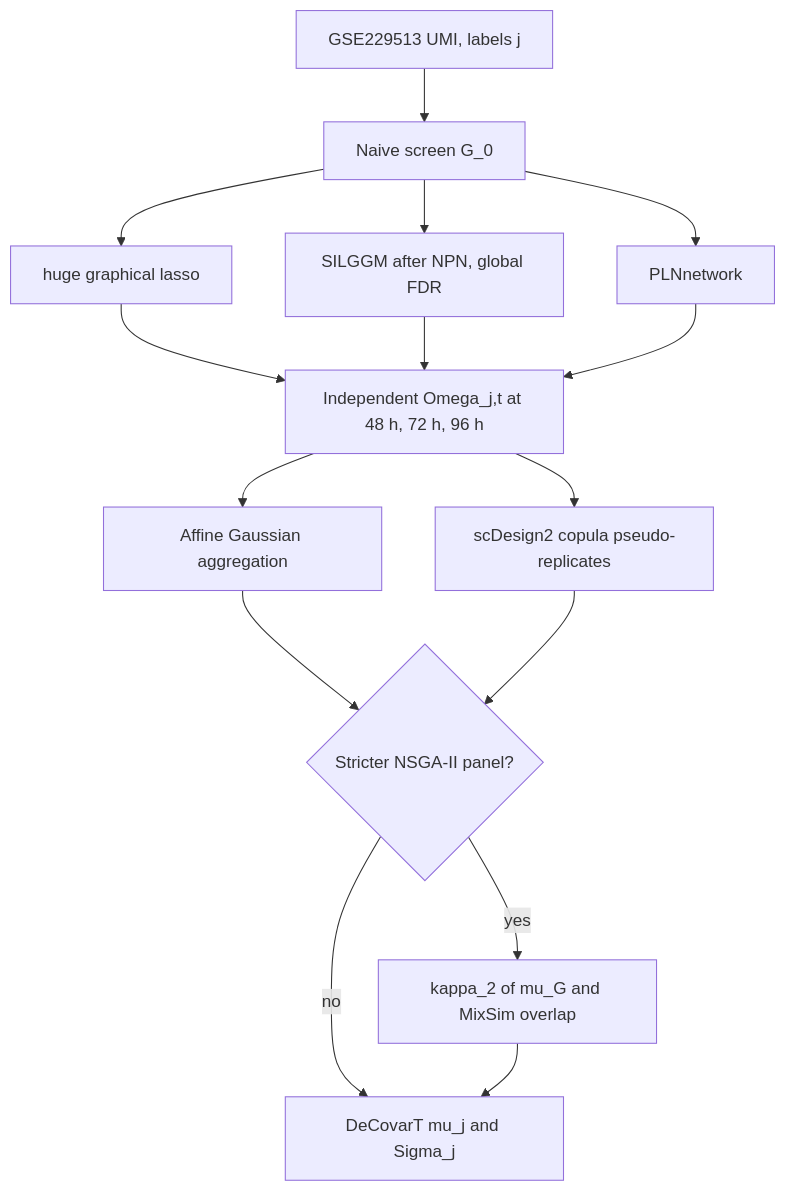
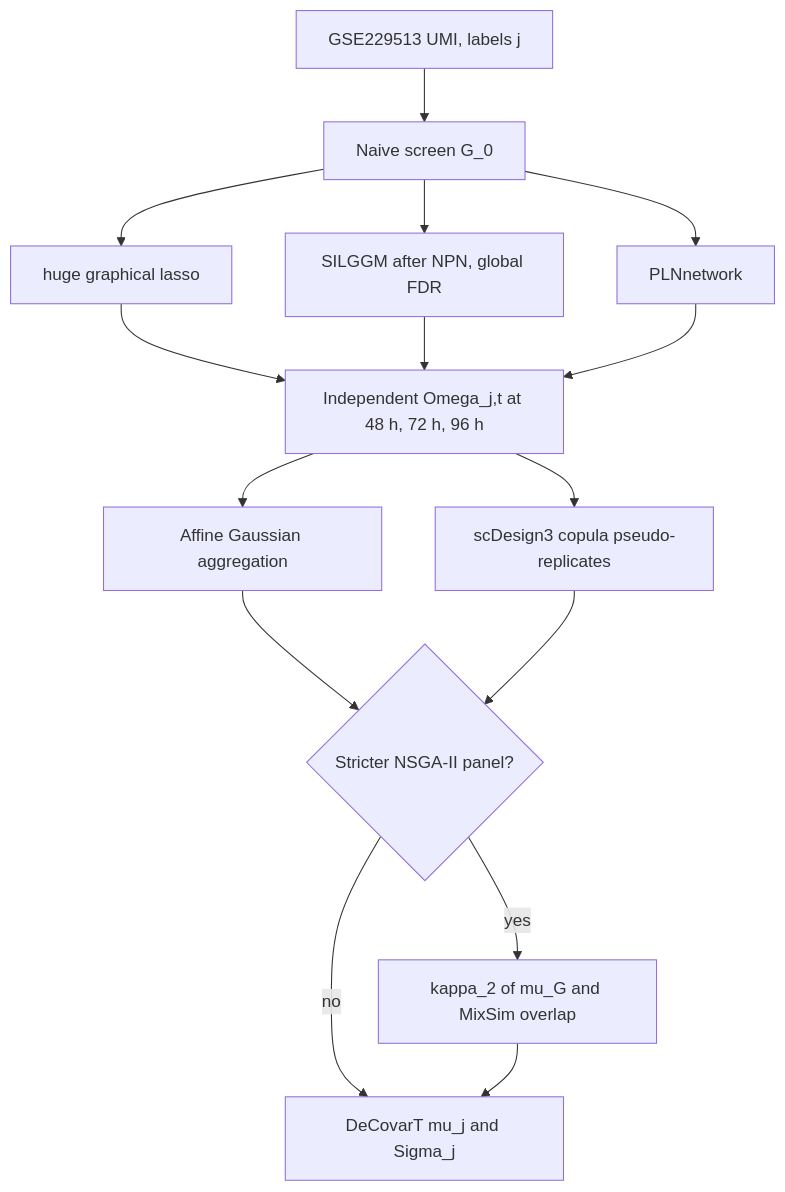
Before and after one commit to bastienchassagnol/DeCovarT_reproducibility: the diagram in docs/index.qmd, drawn with Mermaid. The commit also changed 17 other files, not shown here.

Commit message:
Replace scDesign2 by scDesign3 and replace mermaid by tikz files

````diff
--- a/docs/index.qmd
+++ b/docs/index.qmd
@@ -27,21 +27,21 @@
 ```{mermaid}
 %%| echo: false
 %%| label: fig-pipeline
 %%| fig-cap: "Design product: a naive gene screen, three precision estimators (huge, SILGGM with a nonparanormal map, PLNnetwork), two population lifts, then a yes/no choice of a stricter NSGA-II panel."
 %%{init: {"theme": "sandstone", "flowchart": {"htmlLabels": true}}}%%
 flowchart TD
   A["GSE229513 UMI, labels j"] --> B["Naive screen G_0"]
   B --> C1["huge graphical lasso"]
   B --> C2["SILGGM after NPN, global FDR"]
   B --> C3["PLNnetwork"]
   C1 --> T["Independent Omega_j,t at 48 h, 72 h, 96 h"]
   C2 --> T
   C3 --> T
   T --> L1["Affine Gaussian aggregation"]
-  T --> L3["scDesign2 copula pseudo-replicates"]
+  T --> L3["scDesign3 copula pseudo-replicates"]
   L1 --> Q{"Stricter NSGA-II panel?"}
   L3 --> Q
   Q -->|yes| P["kappa_2 of mu_G and MixSim overlap"]
   Q -->|no| D["DeCovarT mu_j and Sigma_j"]
   P --> D
 ```
````
